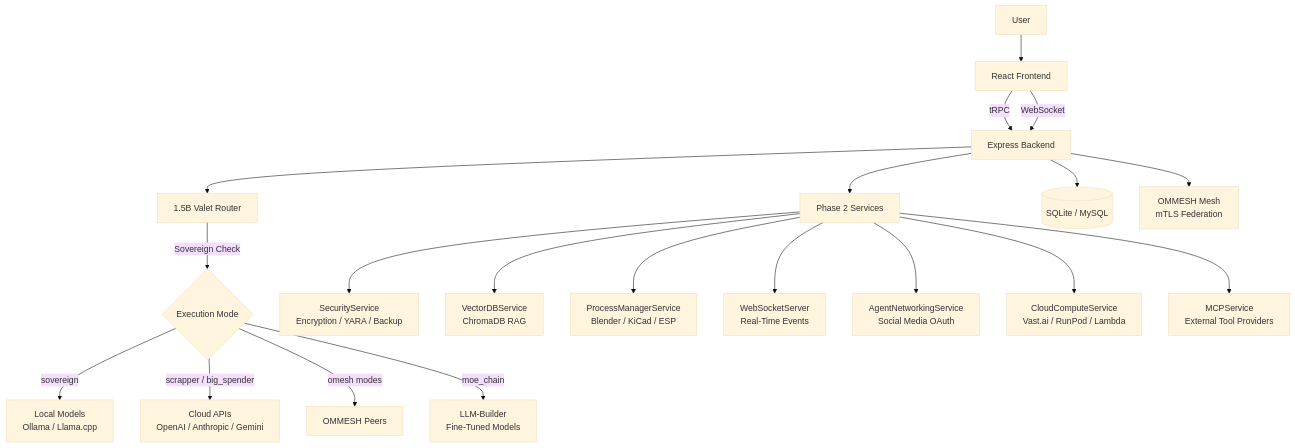
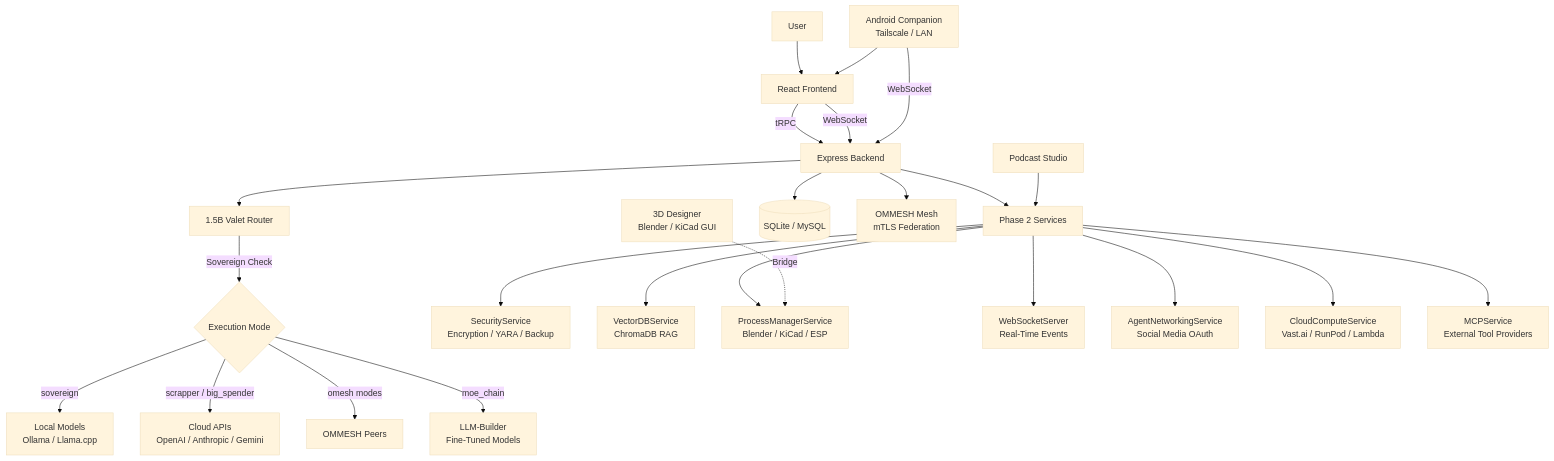
The diagram in README.md (Clarkescustomcreations/OmnecorV1-Beta), drawn with Mermaid (base theme) before and after one commit. The commit also changed other lines of this file and 148 other files, not shown here.

````diff
--- a/README.md
+++ b/README.md
@@ -156,22 +196,26 @@
 ```mermaid
 graph TD
     User[User] --> UI[React Frontend]
+    Android[Android Companion\nTailscale / LAN] --> UI
     UI -->|tRPC| BE[Express Backend]
     UI -->|WebSocket| BE
+    Android -->|WebSocket| BE
     BE --> VR[1.5B Valet Router]
     VR -->|Sovereign Check| SC{Execution Mode}
     SC -->|sovereign| LM[Local Models\nOllama / Llama.cpp]
     SC -->|scrapper / big_spender| CM[Cloud APIs\nOpenAI / Anthropic / Gemini]
     SC -->|omesh modes| ON[OMMESH Peers]
     SC -->|moe_chain| FB[LLM-Builder\nFine-Tuned Models]
     BE --> SVC[Phase 2 Services]
     SVC --> SEC[SecurityService\nEncryption / YARA / Backup]
     SVC --> VDB[VectorDBService\nChromaDB RAG]
     SVC --> PM[ProcessManagerService\nBlender / KiCad / ESP]
     SVC --> WS[WebSocketServer\nReal-Time Events]
     SVC --> AN[AgentNetworkingService\nSocial Media OAuth]
     SVC --> CC[CloudComputeService\nVast.ai / RunPod / Lambda]
     SVC --> MCP[MCPService\nExternal Tool Providers]
     BE --> DB[(SQLite / MySQL)]
     BE --> OM[OMMESH Mesh\nmTLS Federation]
+    3D[3D Designer\nBlender / KiCad GUI] -.->|Bridge| PM
+    Podcast[Podcast Studio] --> SVC
 ```
````
